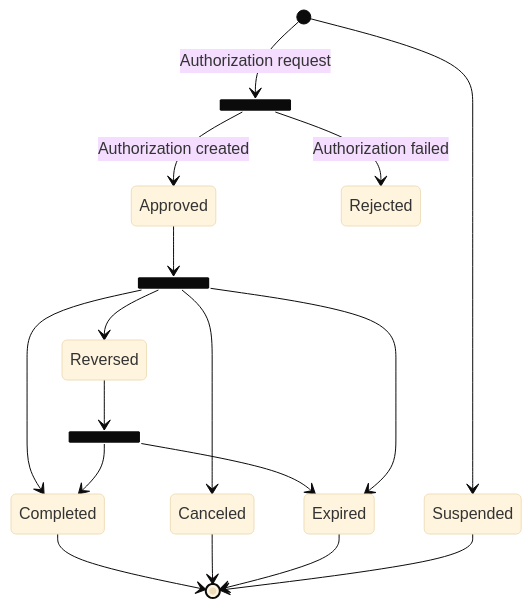
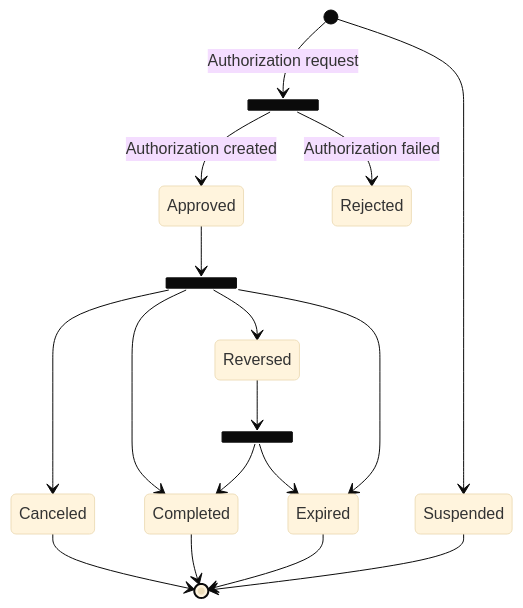
One commit to pomme-clic/s-money-documentation changed the first of 3 diagrams in docs/usecases/cards/operations/CardsOperations.md. Above: the diagram before and after it, drawn with Mermaid (base theme).

````diff
--- a/docs/usecases/cards/operations/CardsOperations.md
+++ b/docs/usecases/cards/operations/CardsOperations.md
@@ -12,22 +12,22 @@
 ```mermaid
 stateDiagram-v2
  state fork_state <<fork>>
   state fork_state2 <<fork>>
     state fork_state3 <<fork>>
       [*] --> fork_state: Authorization request
 	  [*] --> Suspended
       fork_state --> Approved: Authorization created
       fork_state --> Rejected: Authorization failed
     Approved --> fork_state3
+	fork_state3 --> Canceled 
 	fork_state3 --> Completed
 	fork_state3 --> Reversed
 	Reversed --> fork_state2
 	fork_state2 --> Completed
 	fork_state2 --> Expired
-    fork_state3 --> Canceled 
     fork_state3--> Expired
 	Completed --> [*]
 	Canceled --> [*]
 	Expired --> [*]
 	Suspended --> [*]
 ```
````
